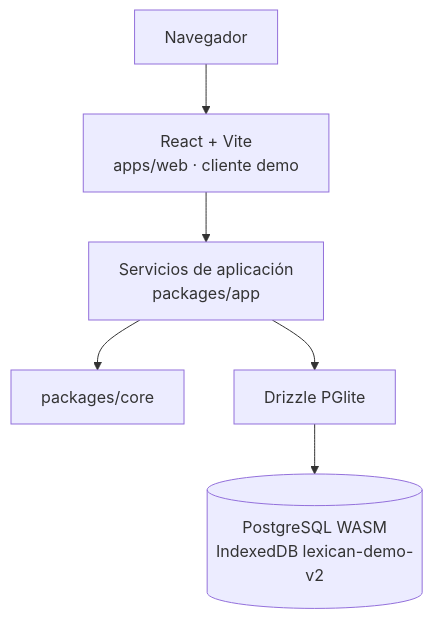
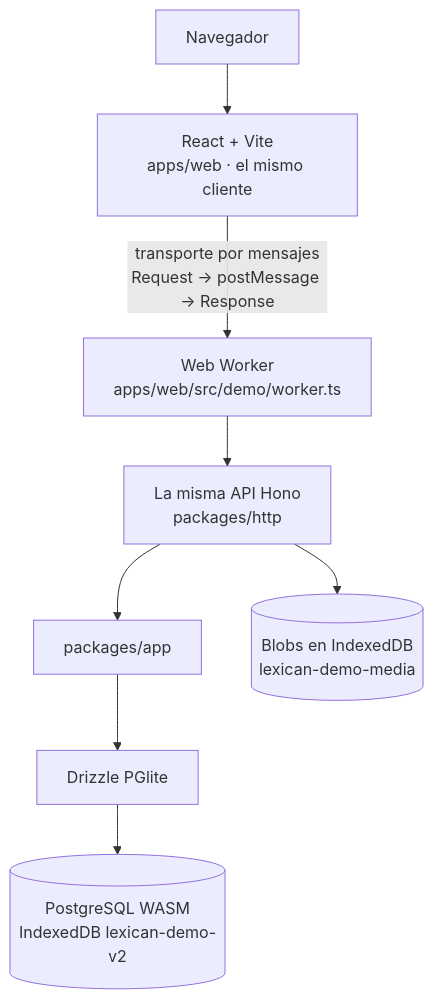
One commit to ateeducacion/lexican changed the second of 2 diagrams in docs/ARCHITECTURE.md. Above: the diagram before and after it, drawn with Mermaid. The commit also changed other lines of this file and 16 other files, not shown here.

Commit message:
docs: ADR 0009 and docs for Hono, Bun, the demo worker and the test CAS

````diff
--- a/docs/ARCHITECTURE.md
+++ b/docs/ARCHITECTURE.md
@@ -26,8 +28,10 @@
 ```mermaid
 flowchart TB
-  B[Navegador] --> W[React + Vite<br/>apps/web · cliente demo]
-  W --> S[Servicios de aplicación<br/>packages/app]
-  S --> C[packages/core]
+  B[Navegador] --> W[React + Vite<br/>apps/web · el mismo cliente]
+  W -->|transporte por mensajes<br/>Request → postMessage → Response| K[Web Worker<br/>apps/web/src/demo/worker.ts]
+  K --> H[La misma API Hono<br/>packages/http]
+  H --> S[packages/app]
   S --> D[Drizzle PGlite]
   D --> I[(PostgreSQL WASM<br/>IndexedDB lexican-demo-v2)]
+  H --> M[(Blobs en IndexedDB<br/>lexican-demo-media)]
 ```
````
